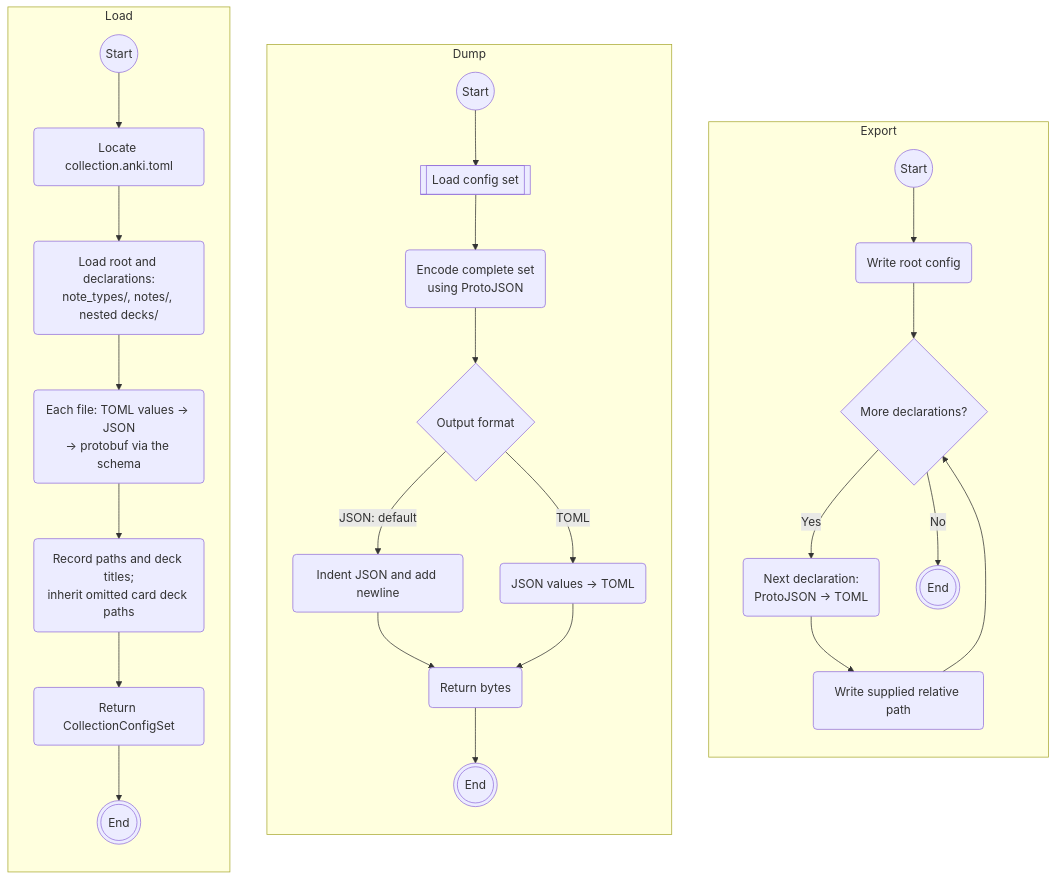
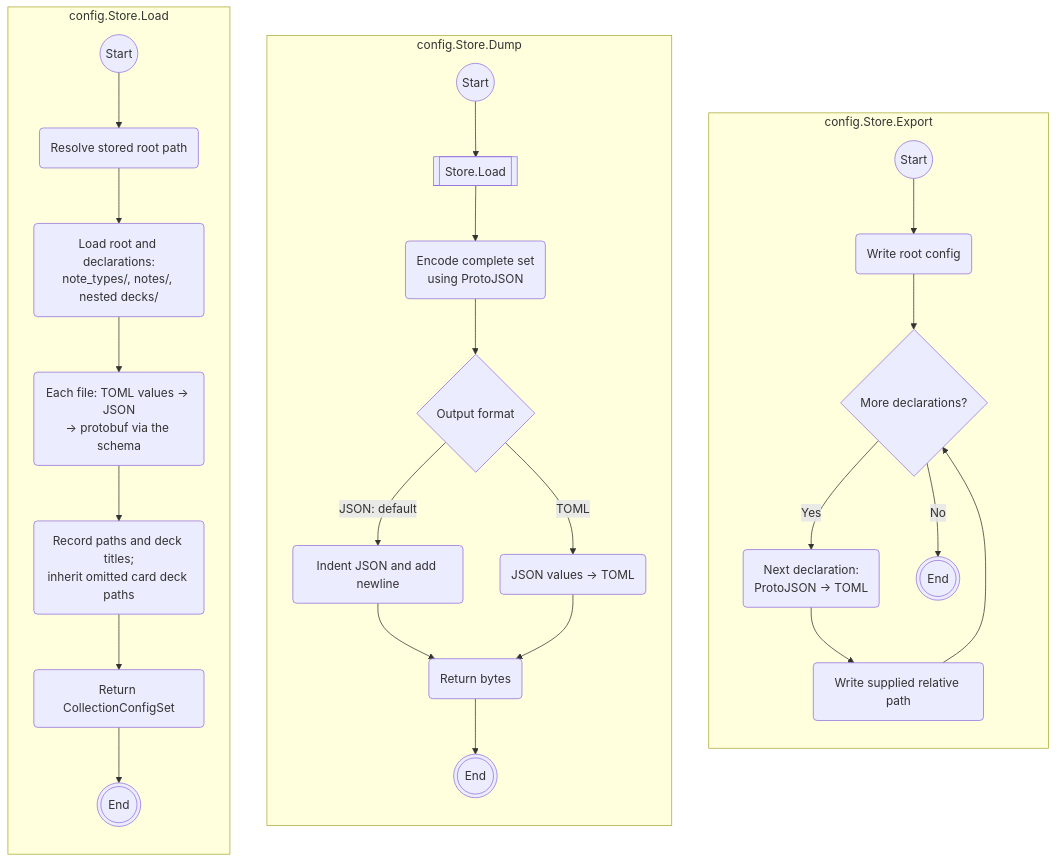
Before and after one commit to alwaldend/src: the diagram in projects/anki_as_code/docs/config-operations.mmd, drawn with Mermaid. The commit also changed 18 other files, not shown here.

First line of the commit message:
Route configuration operations through a root-bound store

```diff
--- a/projects/anki_as_code/docs/config-operations.mmd
+++ b/projects/anki_as_code/docs/config-operations.mmd
@@ -1,44 +1,44 @@
 flowchart TB
-    subgraph Export
+    subgraph Export["config.Store.Export"]
         direction TB
         e_start((Start))
         e_root(Write root config)
         e_more{More declarations?}
         e_encode(Next declaration:<br/>ProtoJSON → TOML)
         e_write(Write supplied relative path)
         e_finish(((End)))
 
         e_start --> e_root --> e_more
         e_more -->|Yes| e_encode --> e_write --> e_more
         e_more -->|No| e_finish
     end
 
-    subgraph Dump
+    subgraph Dump["config.Store.Dump"]
         direction TB
         d_start((Start))
-        d_load[[Load config set]]
+        d_load[[Store.Load]]
         d_json(Encode complete set<br/>using ProtoJSON)
         d_format{Output format}
         d_pretty(Indent JSON and add newline)
         d_toml(JSON values → TOML)
         d_output(Return bytes)
         d_finish(((End)))
 
         d_start --> d_load --> d_json --> d_format
         d_format -->|JSON: default| d_pretty --> d_output
         d_format -->|TOML| d_toml --> d_output
         d_output --> d_finish
     end
 
-    subgraph Load
+    subgraph Load["config.Store.Load"]
         direction TB
         l_start((Start))
-        l_root(Locate collection.anki.toml)
+        l_root(Resolve stored root path)
         l_declarations(Load root and declarations:<br/>note_types/, notes/, nested decks/)
         l_decode(Each file: TOML values → JSON<br/>→ protobuf via the schema)
         l_derived(Record paths and deck titles;<br/>inherit omitted card deck paths)
         l_output(Return CollectionConfigSet)
         l_finish(((End)))
 
         l_start --> l_root --> l_declarations --> l_decode --> l_derived --> l_output --> l_finish
     end
```
